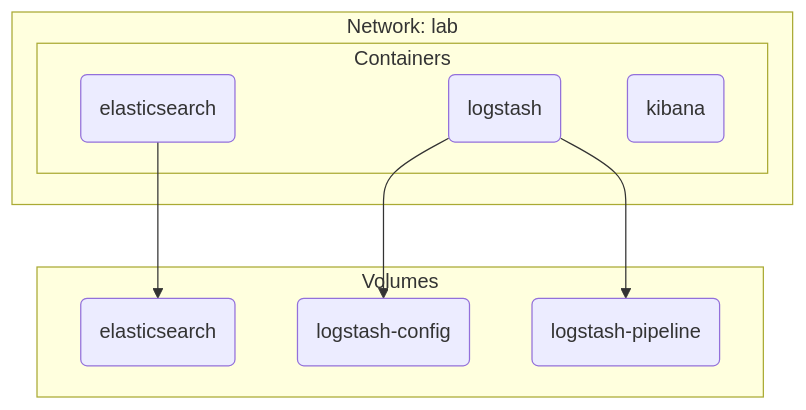
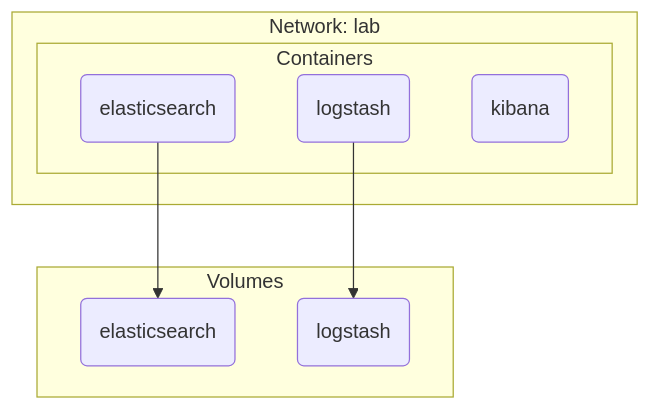
One commit to joetanx/setup changed the second of 3 diagrams in elastic/README.md. Above: the diagram before and after it, drawn with Mermaid.

````diff
--- a/elastic/README.md
+++ b/elastic/README.md
@@ -25,18 +25,16 @@
 ```mermaid
 flowchart TD
   subgraph "Network: lab"
     subgraph "Containers"
       A(elasticsearch)
       B(logstash)
       C(kibana)
     end
   end
   subgraph "Volumes"
     A1(elasticsearch)
-    B1(logstash-config)
-    B2(logstash-pipeline)
+    B1(logstash)
   end
   A --> A1
   B --> B1
-  B --> B2
 ```
````
